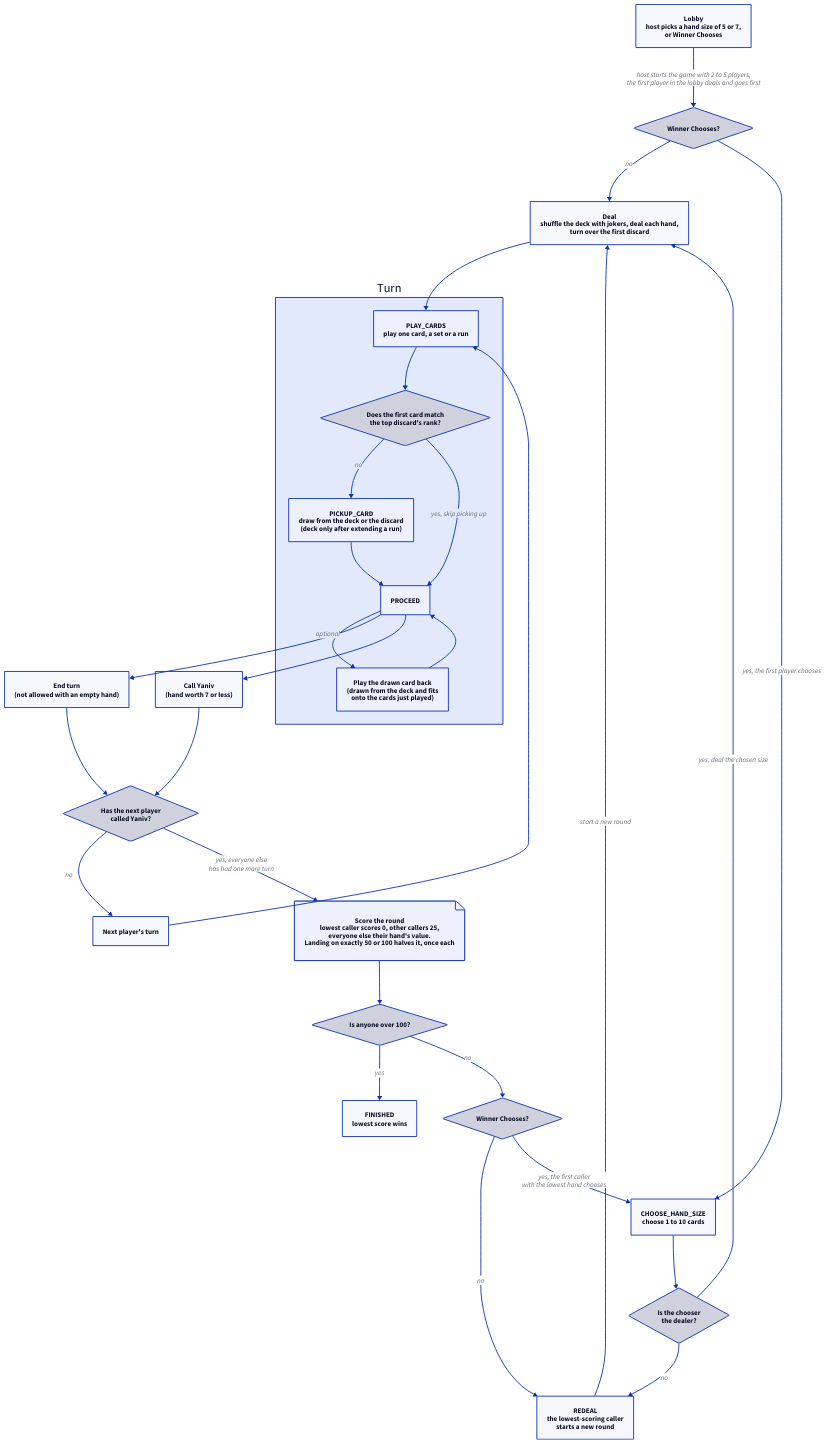
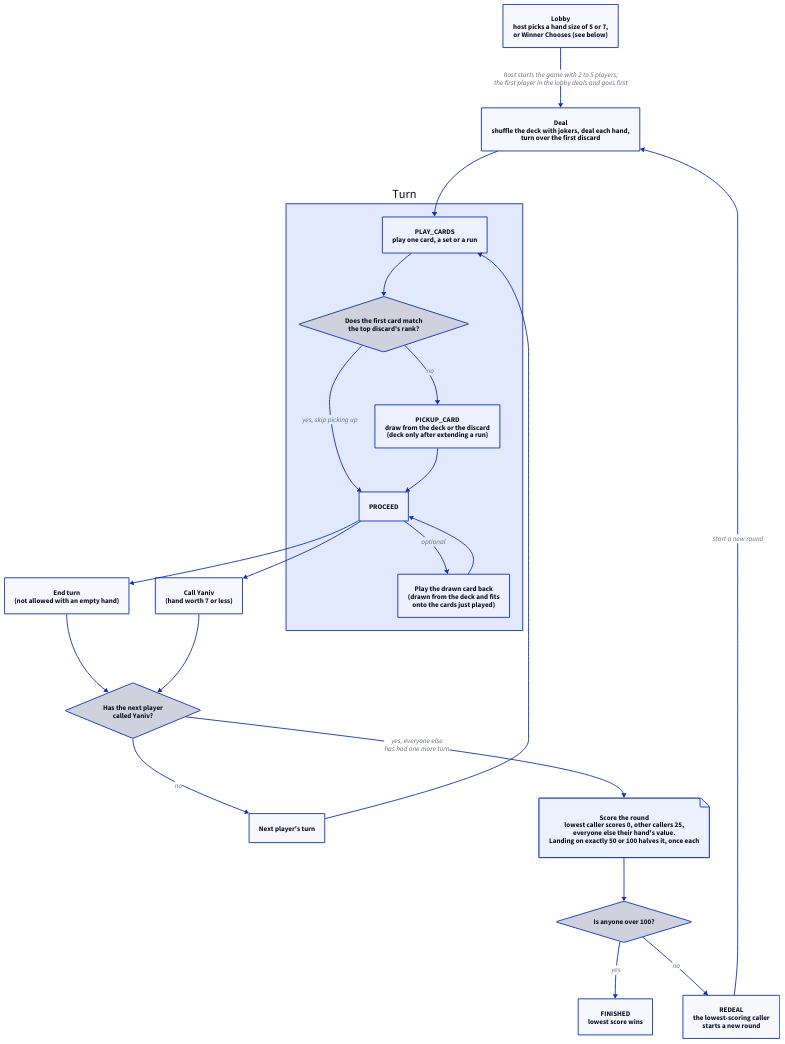
One commit to alastair-smith/card-games changed the diagram in apps/docs/diagrams/flows/yaniv-game.d2. Above: the diagram before and after it, drawn with D2. The commit also changed 2 other files, not shown here.

Commit message:
📚 Move the Winner Chooses flow into its own diagram

```diff
--- a/apps/docs/diagrams/flows/yaniv-game.d2
+++ b/apps/docs/diagrams/flows/yaniv-game.d2
@@ -1,58 +1,47 @@
 direction: down
 
-lobby: "Lobby\nhost picks a hand size of 5 or 7,\nor Winner Chooses"
-first-hand-size: "Winner Chooses?" {shape: diamond}
-choose: "CHOOSE_HAND_SIZE\nchoose 1 to 10 cards"
-chooser-deals: "Is the chooser\nthe dealer?" {shape: diamond}
+lobby: "Lobby\nhost picks a hand size of 5 or 7,\nor Winner Chooses (see below)"
 deal: "Deal\nshuffle the deck with jokers, deal each hand,\nturn over the first discard"
 
 turn: "Turn" {
   play: "PLAY_CARDS\nplay one card, a set or a run"
   matches: "Does the first card match\nthe top discard's rank?" {shape: diamond}
   pickup: "PICKUP_CARD\ndraw from the deck or the discard\n(deck only after extending a run)"
   proceed: "PROCEED"
   play-back: "Play the drawn card back\n(drawn from the deck and fits\nonto the cards just played)"
 
   play -> matches
   matches -> pickup: no
   matches -> proceed: yes, skip picking up
   pickup -> proceed
   proceed -> play-back: optional
   play-back -> proceed
 }
 
 end-turn: "End turn\n(not allowed with an empty hand)"
 call-yaniv: "Call Yaniv\n(hand worth 7 or less)"
 next-called: "Has the next player\ncalled Yaniv?" {shape: diamond}
 next-player: Next player's turn
 
 score: "Score the round\nlowest caller scores 0, other callers 25,\neveryone else their hand's value.\nLanding on exactly 50 or 100 halves it, once each" {
   shape: page
 }
 over: "Is anyone over 100?" {shape: diamond}
-next-hand-size: "Winner Chooses?" {shape: diamond}
 redeal: "REDEAL\nthe lowest-scoring caller\nstarts a new round"
 finished: "FINISHED\nlowest score wins"
 
-lobby -> first-hand-size: "host starts the game with 2 to 5 players;\nthe first player in the lobby deals and goes first"
-first-hand-size -> deal: no
-first-hand-size -> choose: "yes, the first player chooses"
-choose -> chooser-deals
-chooser-deals -> deal: "yes, deal the chosen size"
-chooser-deals -> redeal: no
+lobby -> deal: "host starts the game with 2 to 5 players;\nthe first player in the lobby deals and goes first"
 deal -> turn.play
 
 turn.proceed -> end-turn
 turn.proceed -> call-yaniv
 end-turn -> next-called
 call-yaniv -> next-called
 next-called -> next-player: no
 next-player -> turn.play
 next-called -> score: "yes, everyone else\nhas had one more turn"
 
 score -> over
 over -> finished: yes
-over -> next-hand-size: no
-next-hand-size -> redeal: no
-next-hand-size -> choose: "yes, the first caller\nwith the lowest hand chooses"
+over -> redeal: no
 redeal -> deal: start a new round
```
